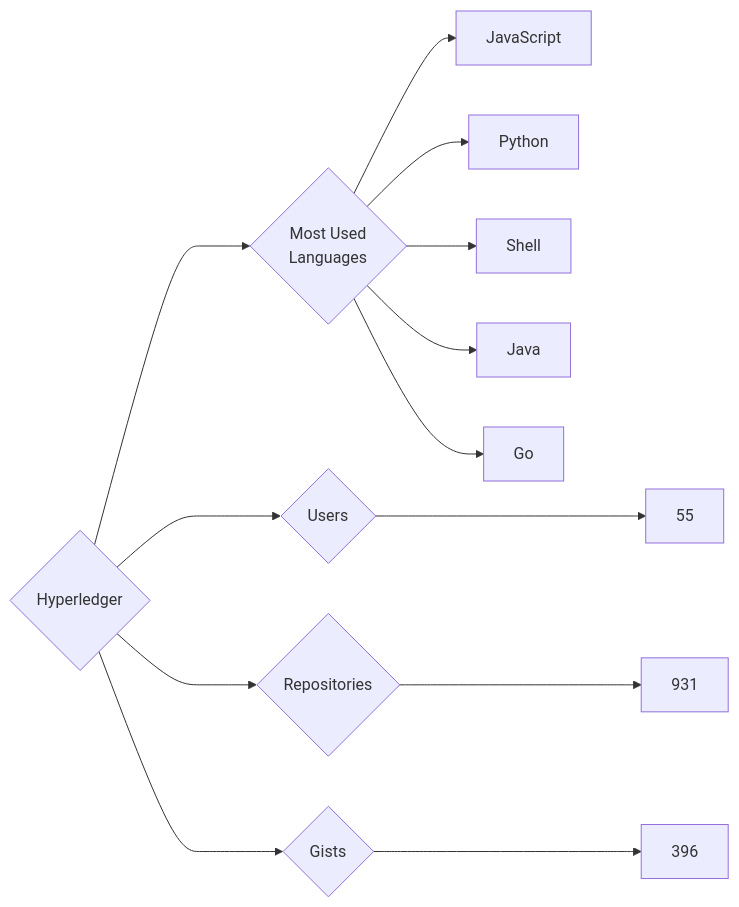
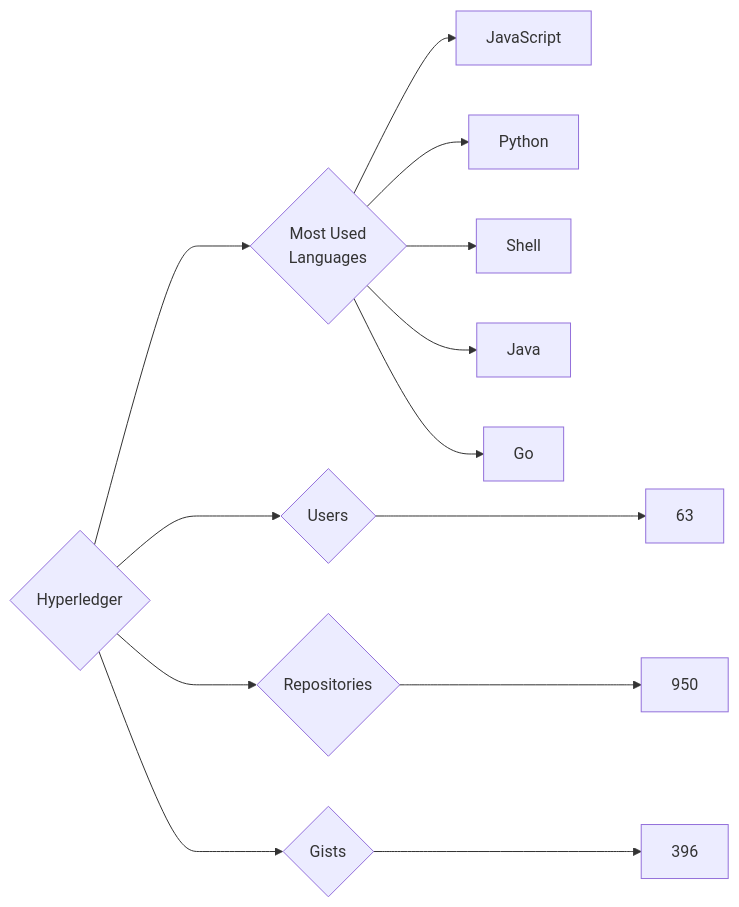
Before and after one commit to trickest/insiders: the diagram in targets/Hyperledger/README.md, drawn with Mermaid. The commit also changed 951 other files, not shown here.

````diff
--- a/targets/Hyperledger/README.md
+++ b/targets/Hyperledger/README.md
@@ -3,13 +3,13 @@
 ```mermaid
 graph LR
 COMPANY_NAME{Hyperledger}
-COMPANY_NAME ---> U{Users} ---> UN[55]
-COMPANY_NAME ---> R{Repositories} ---> RN[931]
+COMPANY_NAME ---> U{Users} ---> UN[63]
+COMPANY_NAME ---> R{Repositories} ---> RN[950]
 COMPANY_NAME ---> G{Gists} ---> GN[396]
 COMPANY_NAME ---> ML{Most Used<br>Languages}
 ML --> JavaScript[JavaScript]
 ML --> Python[Python]
 ML --> Shell[Shell]
 ML --> Java[Java]
 ML --> Go[Go]
 ```
````
